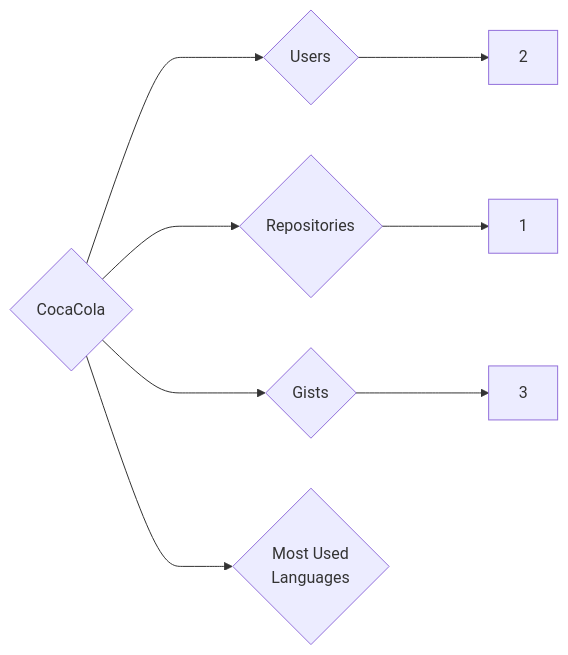
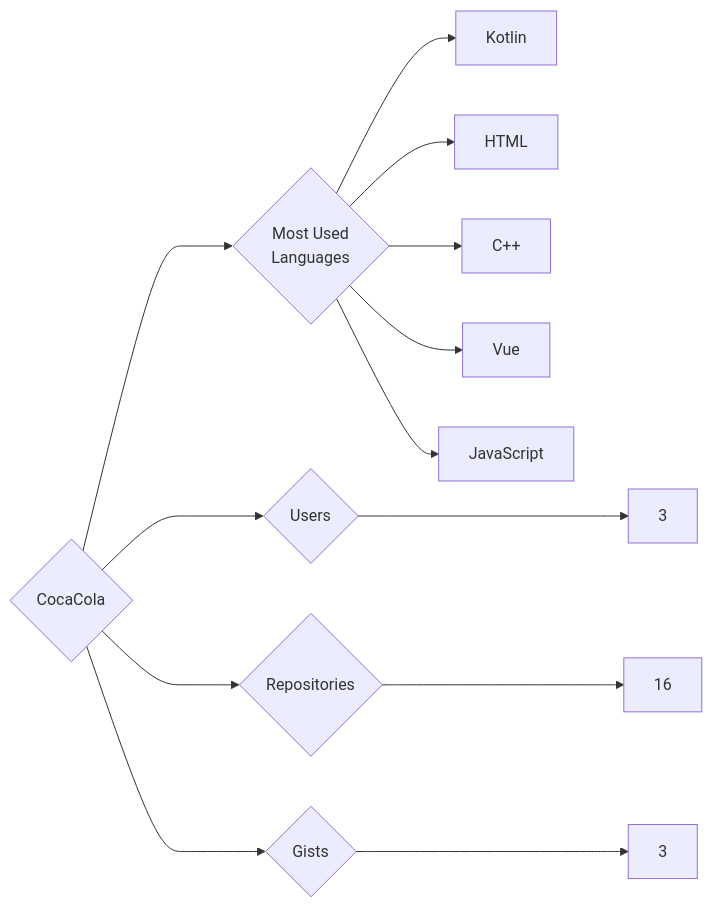
One commit to trickest/insiders changed the diagram in targets/CocaCola/README.md. Above: the diagram before and after it, drawn with Mermaid. The commit also changed 1003 other files, not shown here.

````diff
--- a/targets/CocaCola/README.md
+++ b/targets/CocaCola/README.md
@@ -3,8 +3,13 @@
 ```mermaid
 graph LR
 COMPANY_NAME{CocaCola}
-COMPANY_NAME ---> U{Users} ---> UN[2]
-COMPANY_NAME ---> R{Repositories} ---> RN[1]
+COMPANY_NAME ---> U{Users} ---> UN[3]
+COMPANY_NAME ---> R{Repositories} ---> RN[16]
 COMPANY_NAME ---> G{Gists} ---> GN[3]
 COMPANY_NAME ---> ML{Most Used<br>Languages}
+ML --> Kotlin[Kotlin]
+ML --> HTML[HTML]
+ML --> C++[C++]
+ML --> Vue[Vue]
+ML --> JavaScript[JavaScript]
 ```
````
